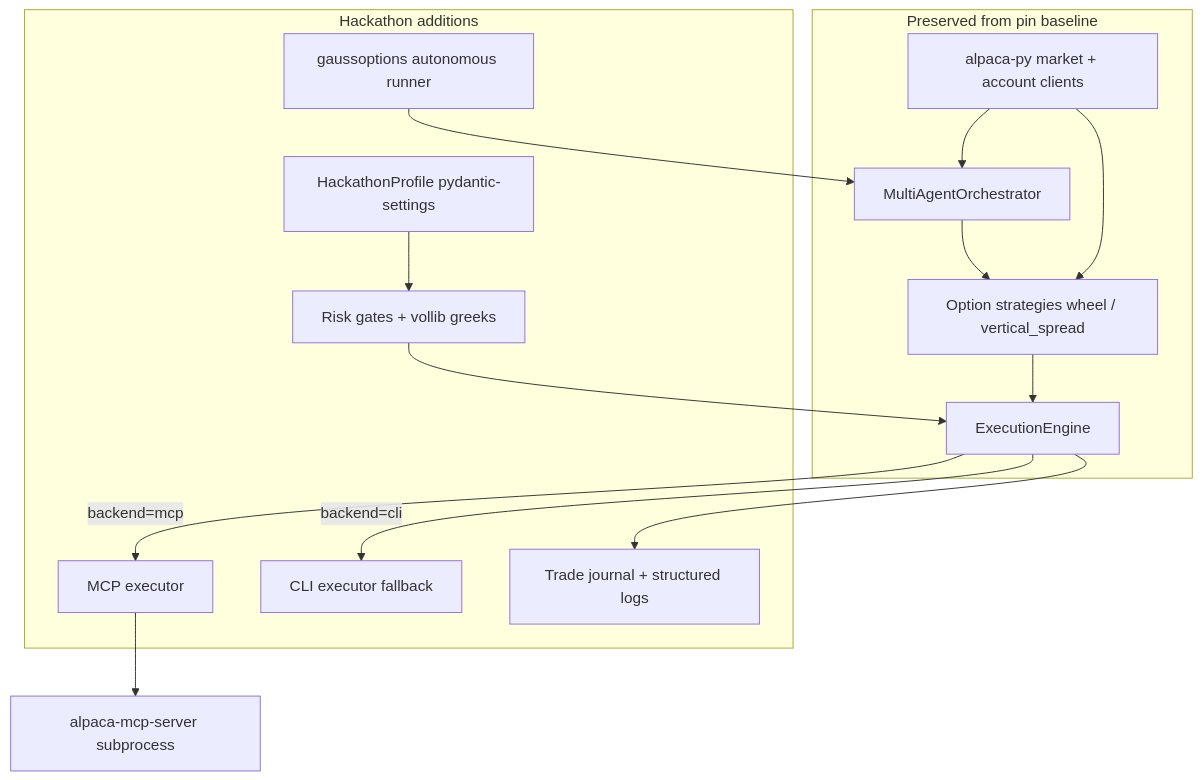
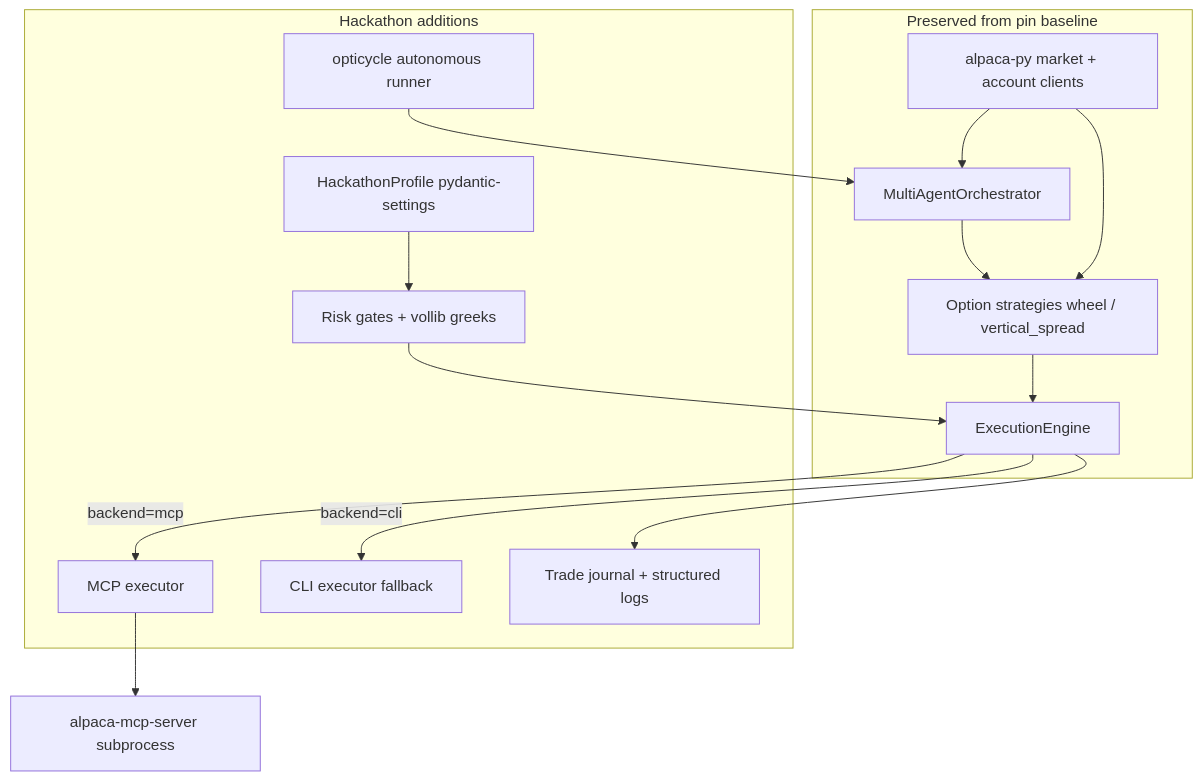
One commit to Yun-0000/opticycle changed the diagram in PLAN.md. Above: the diagram before and after it, drawn with Mermaid. The commit also changed other lines of this file and 40 other files, not shown here.

````diff
--- a/PLAN.md
+++ b/PLAN.md
@@ -131,30 +131,30 @@
 ```mermaid
 flowchart TB
   subgraph preserved [Preserved from pin baseline]
     MA[MultiAgentOrchestrator]
     STRAT[Option strategies wheel / vertical_spread]
     EE[ExecutionEngine]
     APY[alpaca-py market + account clients]
   end
 
   subgraph new [Hackathon additions]
     PROF[HackathonProfile pydantic-settings]
     RG[Risk gates + vollib greeks]
     MCPX[MCP executor]
     CLIX[CLI executor fallback]
-    RUN[gaussoptions autonomous runner]
+    RUN[opticycle autonomous runner]
     LOG[Trade journal + structured logs]
   end
 
   RUN --> MA
   MA --> STRAT
   STRAT --> EE
   PROF --> RG
   RG --> EE
   EE -->|backend=mcp| MCPX
   EE -->|backend=cli| CLIX
   APY --> MA
   APY --> STRAT
   EE --> LOG
   MCPX --> AMS[alpaca-mcp-server subprocess]
 ```
````
